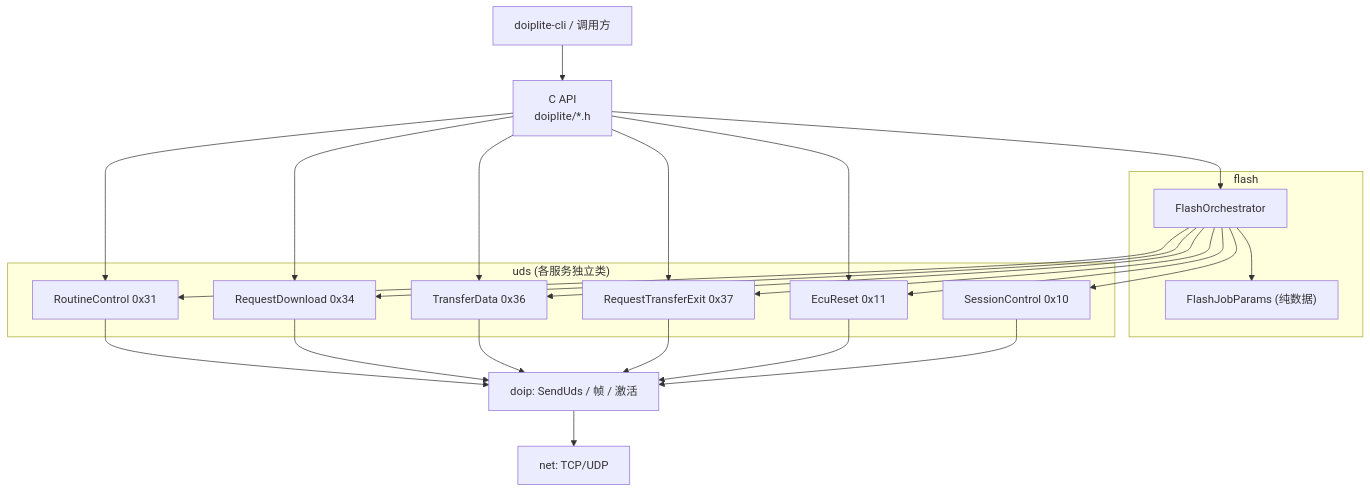
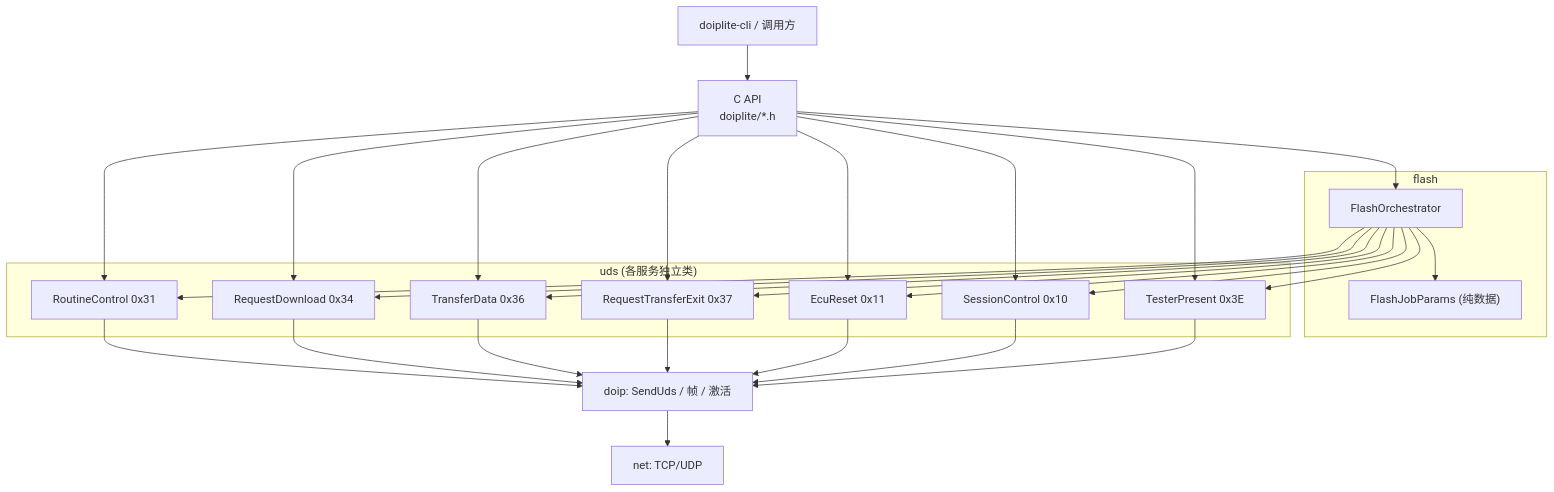
The first of 2 diagrams in README.md (GuiZhongLai/DoipLite), drawn with Mermaid before and after one commit. The commit also changed other lines of this file and 15 other files, not shown here.

````diff
--- a/README.md
+++ b/README.md
@@ -11,27 +11,28 @@
 ```mermaid
 flowchart TB
   CLI["doiplite-cli / 调用方"]
   CAPI["C API<br/>doiplite/*.h"]
   subgraph flash_layer ["flash"]
     FO["FlashOrchestrator"]
     JP["FlashJobParams (纯数据)"]
   end
   subgraph uds_layer ["uds (各服务独立类)"]
     RC["RoutineControl 0x31"]
     RD["RequestDownload 0x34"]
     TD["TransferData 0x36"]
     TE["RequestTransferExit 0x37"]
     ER["EcuReset 0x11"]
     SC["SessionControl 0x10"]
+    TP["TesterPresent 0x3E"]
   end
   DOIP["doip: SendUds / 帧 / 激活"]
   NET["net: TCP/UDP"]
 
   CLI --> CAPI
   CAPI --> FO
   FO --> JP
-  FO --> RC & RD & TD & TE & ER & SC
-  CAPI --> RC & RD & TD & TE & ER
-  RC & RD & TD & TE & ER & SC --> DOIP
+  FO --> RC & RD & TD & TE & ER & SC & TP
+  CAPI --> RC & RD & TD & TE & ER & SC & TP
+  RC & RD & TD & TE & ER & SC & TP --> DOIP
   DOIP --> NET
 ```
````
